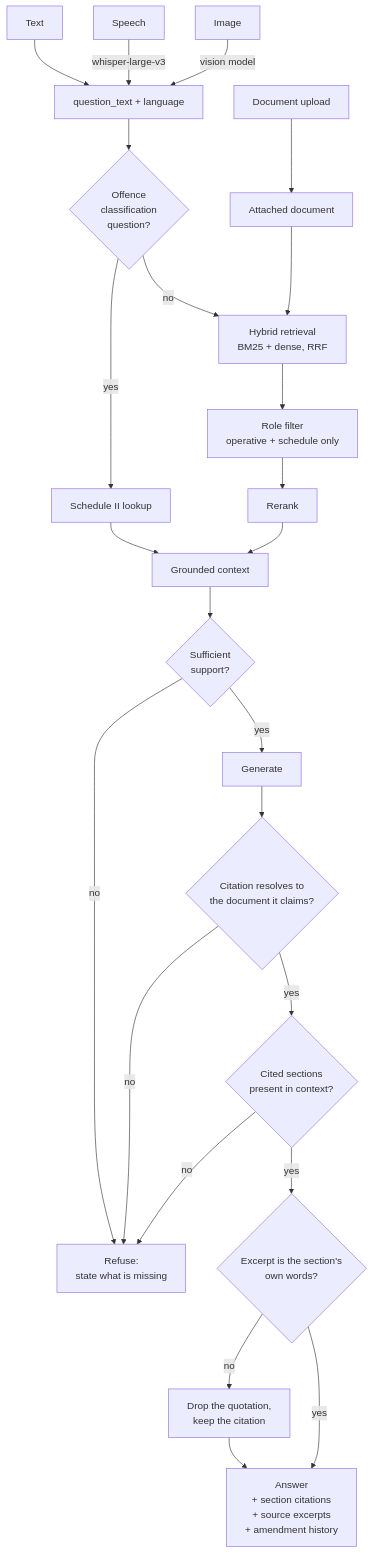
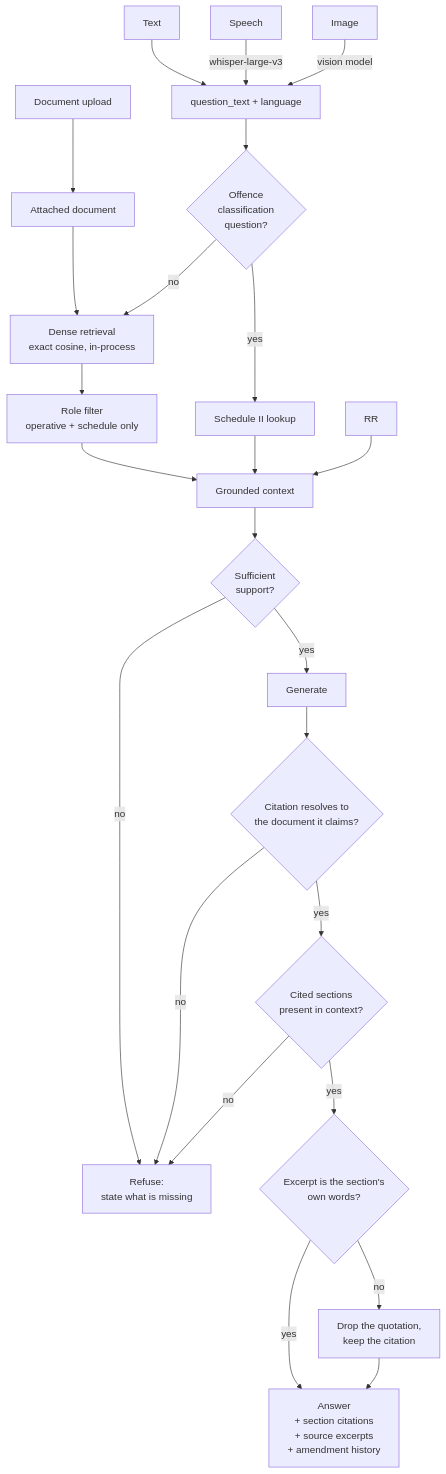
The third of 4 diagrams in docs/architecture.md (asifuddin01/Criminal-Law-Q-A-Assistant), drawn with Mermaid before and after one commit. The commit also changed other lines of this file and 2 other files, not shown here.

First paragraph of the commit message:
docs: three claims that were specified and never built
Found while checking the README against the code rather than against my memory
of writing it.

````diff
--- a/docs/architecture.md
+++ b/docs/architecture.md
@@ -81,31 +81,31 @@
 ```mermaid
 flowchart TB
     TXT["Text"] --> NORM
     SPX["Speech"] -->|"whisper-large-v3"| NORM
     IMG["Image"] -->|"vision model"| NORM
     PDF["Document upload"] --> ATT["Attached document"]
 
     NORM["question_text + language"] --> CLS{"Offence<br/>classification<br/>question?"}
     ATT --> RET
 
     CLS -->|yes| SLOOK["Schedule II lookup"]
     CLS -->|no| RET
 
-    RET["Hybrid retrieval<br/>BM25 + dense, RRF"] --> FILT["Role filter<br/>operative + schedule only"]
-    FILT --> RR["Rerank"]
+    RET["Dense retrieval<br/>exact cosine, in-process"] --> FILT["Role filter<br/>operative + schedule only"]
+    FILT --> CTX
     SLOOK --> CTX
     RR --> CTX["Grounded context"]
 
     CTX --> ENOUGH{"Sufficient<br/>support?"}
     ENOUGH -->|no| REFUSE["Refuse:<br/>state what is missing"]
     ENOUGH -->|yes| GEN["Generate"]
 
     GEN --> V0{"Citation resolves to<br/>the document it claims?"}
     V0 -->|no| REFUSE
     V0 -->|yes| V1{"Cited sections<br/>present in context?"}
     V1 -->|no| REFUSE
     V1 -->|yes| V2{"Excerpt is the section's<br/>own words?"}
     V2 -->|no| DROP["Drop the quotation,<br/>keep the citation"]
     V2 -->|yes| OUT["Answer<br/>+ section citations<br/>+ source excerpts<br/>+ amendment history"]
     DROP --> OUT
 ```
````
